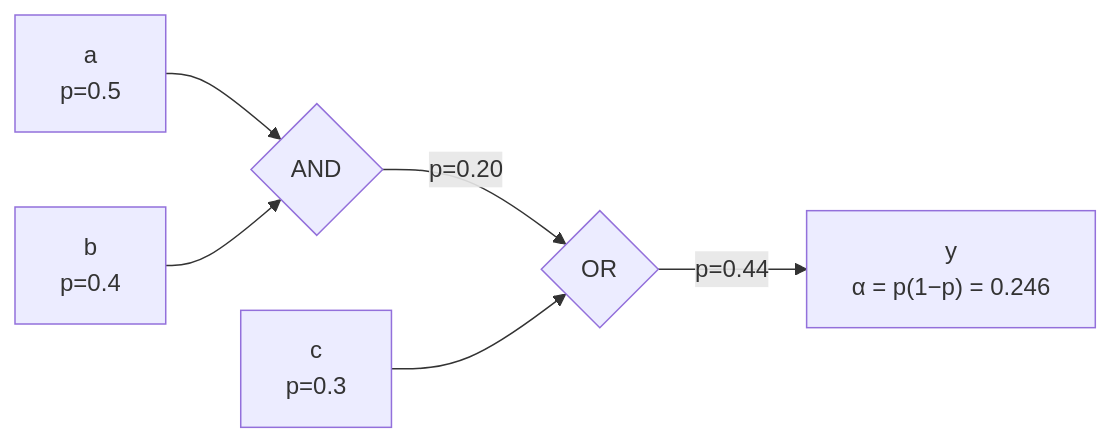
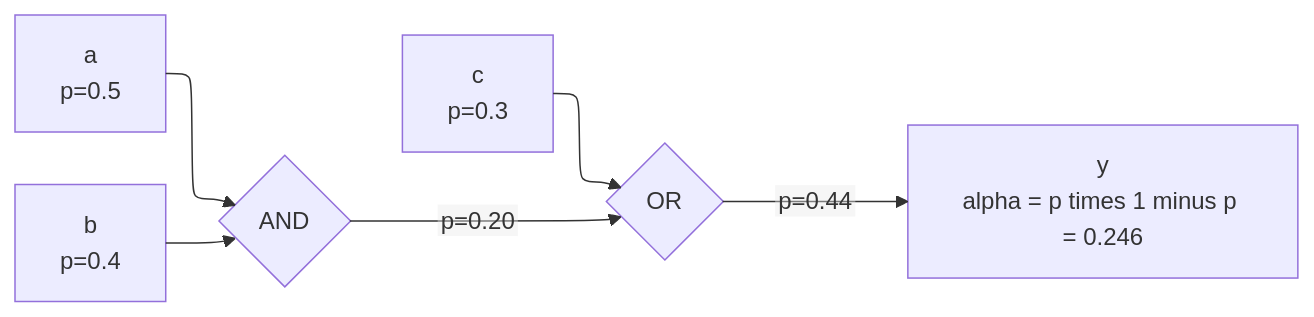
Before and after one commit to Wty2003328/silicon-design-notebook: the second of 5 diagrams in 02_Power_and_Low_Power/02_Block_Activity_and_Power.md, drawn with Mermaid. The commit also changed other lines of this file and 13 other files, not shown here.

````diff
--- a/02_Power_and_Low_Power/02_Block_Activity_and_Power.md
+++ b/02_Power_and_Low_Power/02_Block_Activity_and_Power.md
@@ -124,8 +138,9 @@
 ```mermaid
+%%{init: {"flowchart": {"defaultRenderer": "elk", "nodeSpacing": 55, "rankSpacing": 55, "htmlLabels": false}}}%%
 flowchart LR
     A["a<br/>p=0.5"] --> G1{"AND"}
     B["b<br/>p=0.4"] --> G1
     G1 -->|"p=0.20"| G2{"OR"}
     C["c<br/>p=0.3"] --> G2
-    G2 -->|"p=0.44"| Y["y<br/>α = p(1−p) = 0.246"]
+    G2 -->|"p=0.44"| Y["y<br/>alpha = p times 1 minus p = 0.246"]
 ```
````
